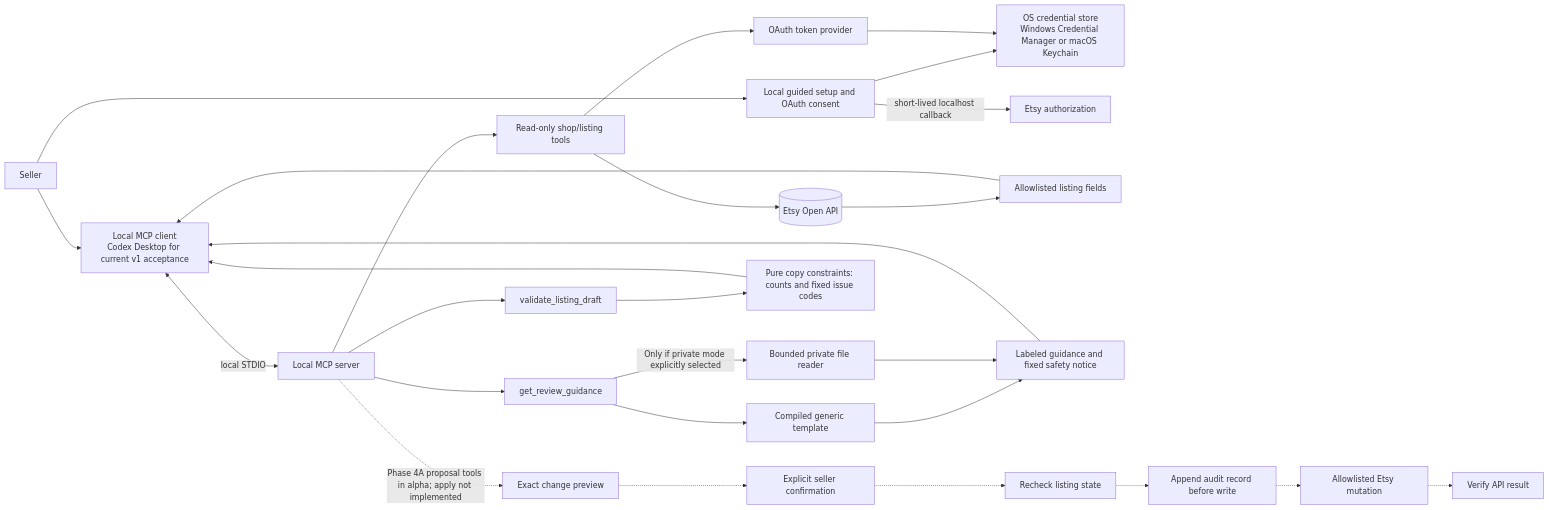
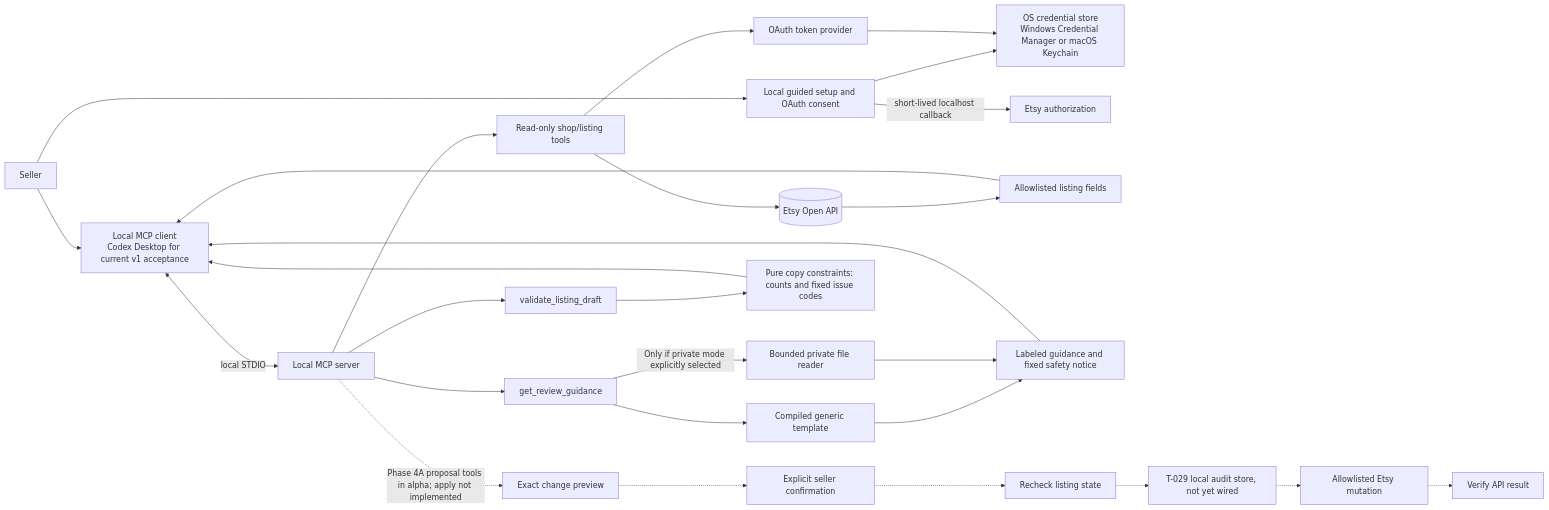
Before and after one commit to stevenfarmer/etsySellerAssistant: the second of 3 diagrams in docs/architecture.md, drawn with Mermaid. The commit also changed other lines of this file and 14 other files, not shown here.

Commit message:
feat: add durable local audit store

````diff
--- a/docs/architecture.md
+++ b/docs/architecture.md
@@ -37,29 +37,29 @@
 ```mermaid
 flowchart LR
   seller[Seller] --> setup[Local guided setup and OAuth consent]
   setup --> store[OS credential store<br/>Windows Credential Manager or macOS Keychain]
   setup -->|short-lived localhost callback| etsyAuth[Etsy authorization]
   seller --> client[Local MCP client<br/>Codex Desktop for current v1 acceptance]
   client <-->|local STDIO| mcp[Local MCP server]
   mcp --> readTools[Read-only shop/listing tools]
   readTools --> oauth[OAuth token provider]
   oauth --> store
   readTools --> api[(Etsy Open API)]
   api --> allowlist[Allowlisted listing fields]
   allowlist --> client
   mcp --> guidance[get_review_guidance]
   guidance --> generic[Compiled generic template]
   guidance -->|Only if private mode explicitly selected| private[Bounded private file reader]
   generic --> labeled[Labeled guidance and fixed safety notice]
   private --> labeled
   labeled --> client
   mcp --> preflight[validate_listing_draft]
   preflight --> checks[Pure copy constraints: counts and fixed issue codes]
   checks --> client
   mcp -. "Phase 4A proposal tools in alpha; apply not implemented" .-> preview[Exact change preview]
   preview -.-> confirm[Explicit seller confirmation]
   confirm -.-> stale[Recheck listing state]
-  stale -.-> audit[Append audit record before write]
+  stale -.-> audit[T-029 local audit store, not yet wired]
   audit -.-> write[Allowlisted Etsy mutation]
   write -.-> verify[Verify API result]
 ```
````
